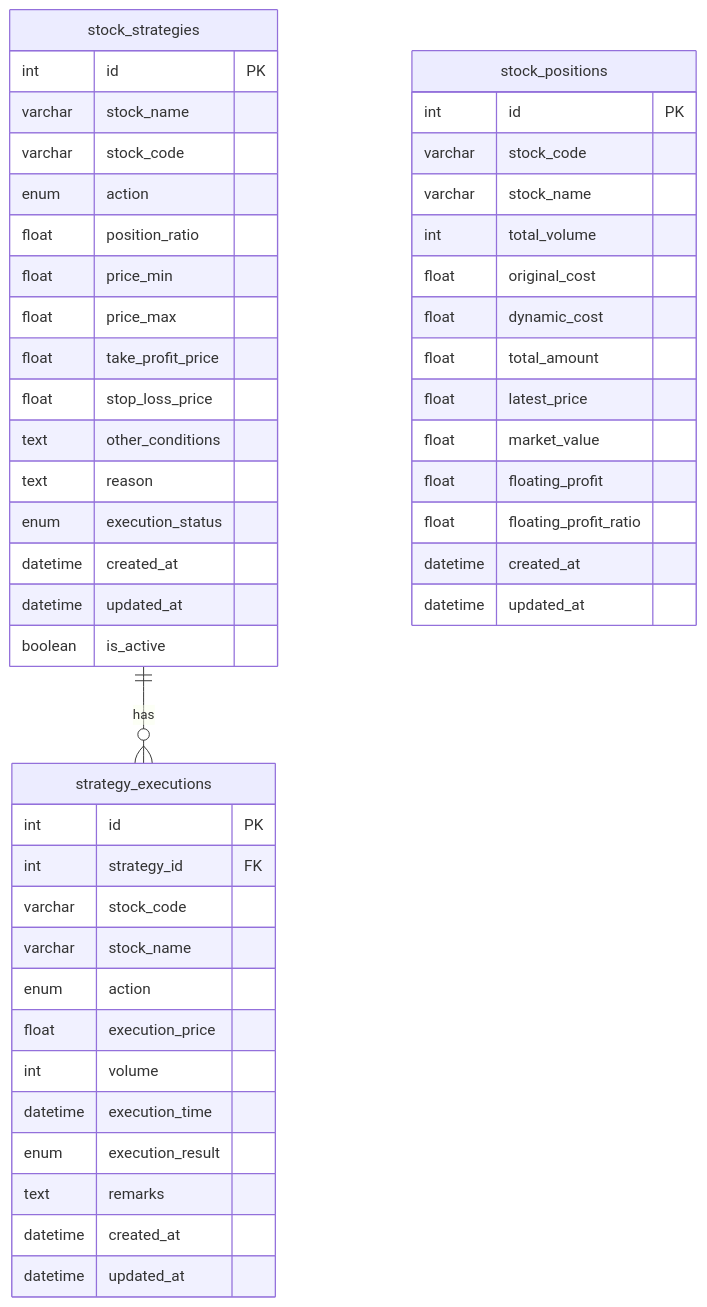
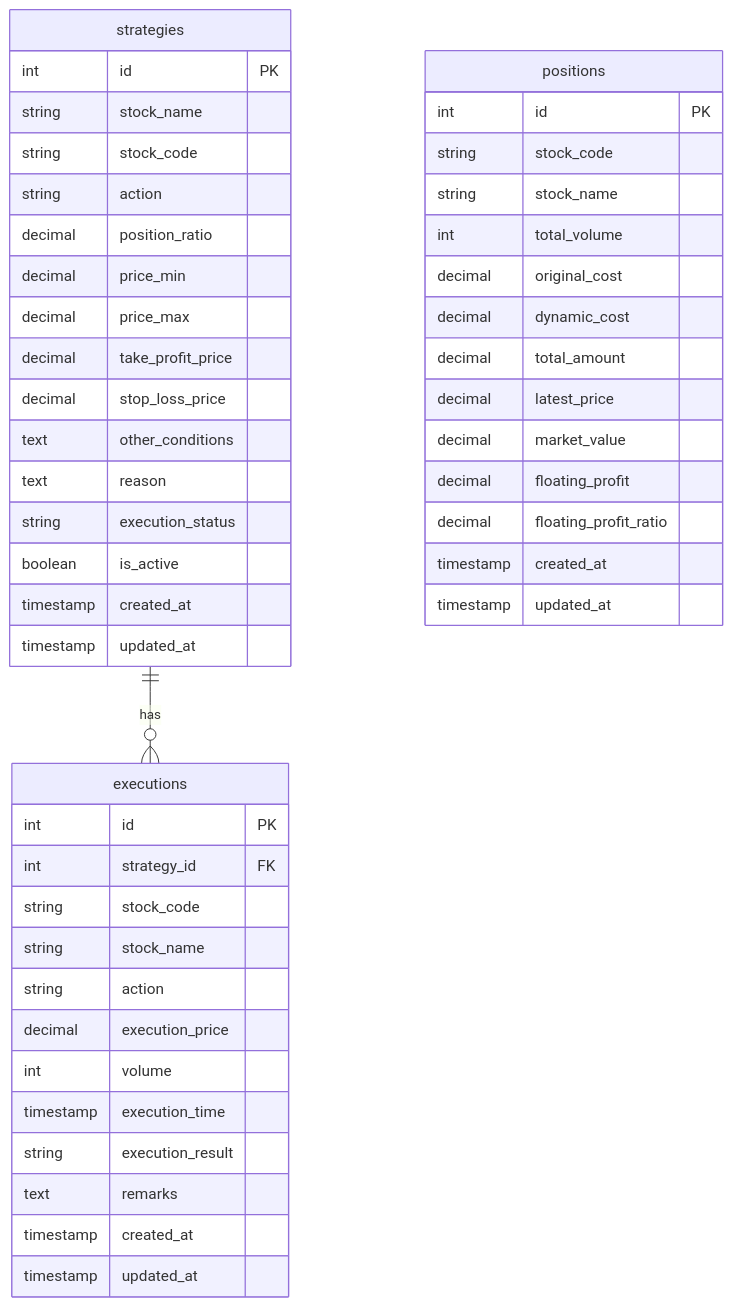
The diagram in docs/DATABASE.md (ahfungon/QMT_Server), drawn with Mermaid before and after one commit. The commit also changed other lines of this file and 3 other files, not shown here.

````diff
--- a/docs/DATABASE.md
+++ b/docs/DATABASE.md
@@ -100,50 +99,50 @@
 ```mermaid
 erDiagram
-    stock_strategies ||--o{ strategy_executions : "has"
-    stock_strategies {
+    strategies ||--o{ executions : "has"
+    strategies {
         int id PK
-        varchar stock_name
-        varchar stock_code
-        enum action
-        float position_ratio
-        float price_min
-        float price_max
-        float take_profit_price
-        float stop_loss_price
+        string stock_name
+        string stock_code
+        string action
+        decimal position_ratio
+        decimal price_min
+        decimal price_max
+        decimal take_profit_price
+        decimal stop_loss_price
         text other_conditions
         text reason
-        enum execution_status
-        datetime created_at
-        datetime updated_at
+        string execution_status
         boolean is_active
+        timestamp created_at
+        timestamp updated_at
     }
-    strategy_executions {
+    executions {
         int id PK
         int strategy_id FK
-        varchar stock_code
-        varchar stock_name
-        enum action
-        float execution_price
+        string stock_code
+        string stock_name
+        string action
+        decimal execution_price
         int volume
-        datetime execution_time
-        enum execution_result
+        timestamp execution_time
+        string execution_result
         text remarks
-        datetime created_at
-        datetime updated_at
+        timestamp created_at
+        timestamp updated_at
     }
-    stock_positions {
+    positions {
         int id PK
-        varchar stock_code
-        varchar stock_name
+        string stock_code
+        string stock_name
         int total_volume
-        float original_cost
-        float dynamic_cost
-        float total_amount
-        float latest_price
-        float market_value
-        float floating_profit
-        float floating_profit_ratio
-        datetime created_at
-        datetime updated_at
+        decimal original_cost
+        decimal dynamic_cost
+        decimal total_amount
+        decimal latest_price
+        decimal market_value
+        decimal floating_profit
+        decimal floating_profit_ratio
+        timestamp created_at
+        timestamp updated_at
     }
 ``` 
````
